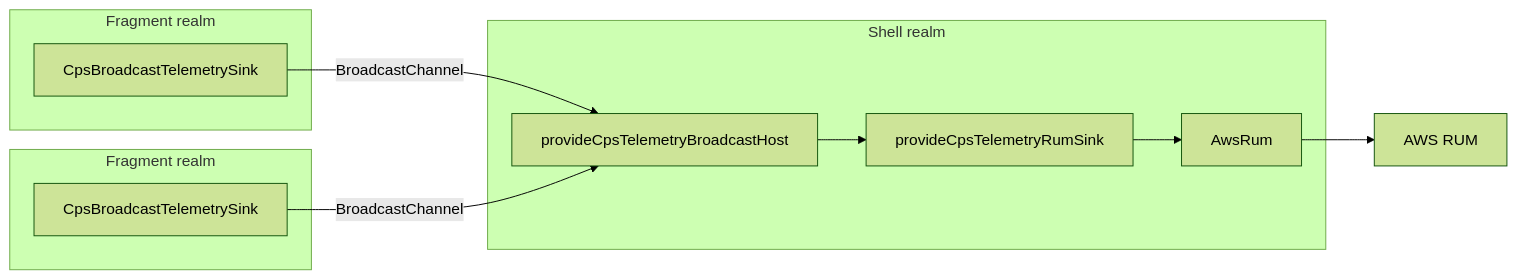
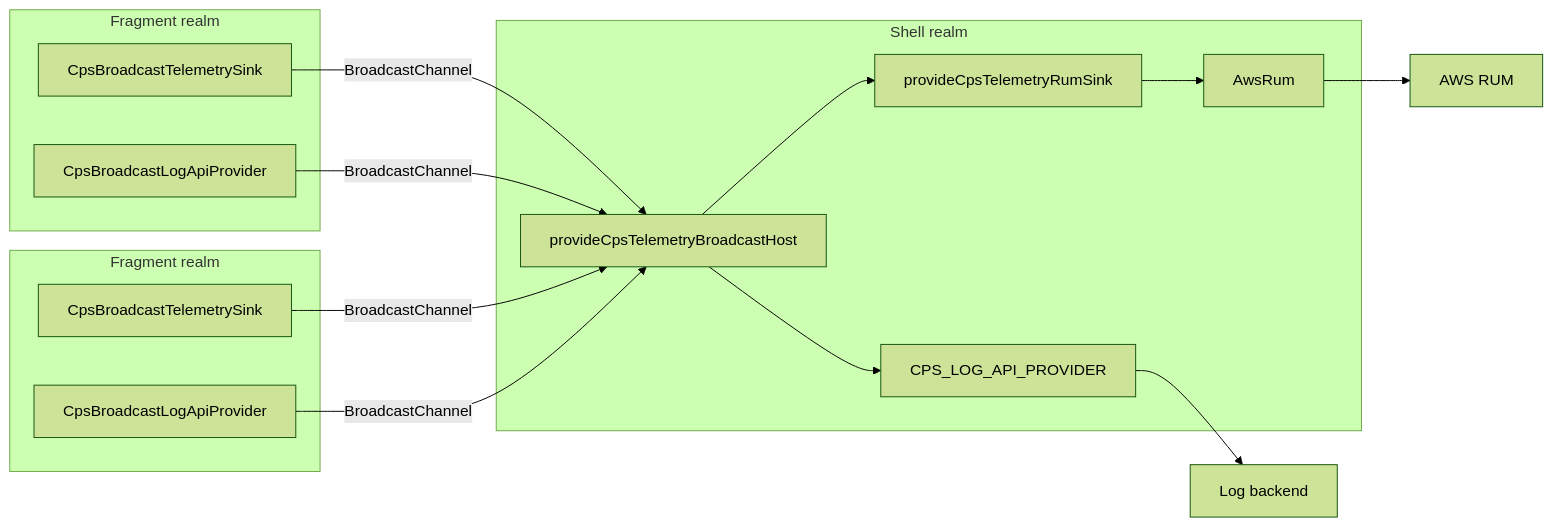
The fourth of 4 diagrams in projects/cps-telemetry/DESIGN.md (AbsaOSS/cps-shared-ui), drawn with Mermaid (forest theme) before and after one commit. The commit also changed other lines of this file and 11 other files, not shown here.

Commit message:
broadcast logs to shell

````diff
--- a/projects/cps-telemetry/DESIGN.md
+++ b/projects/cps-telemetry/DESIGN.md
@@ -1676,17 +1677,23 @@
 ```mermaid
 flowchart LR
     subgraph shell [Shell realm]
       S[provideCpsTelemetryRumSink] --> R[AwsRum]
       H[provideCpsTelemetryBroadcastHost]
       H --> S
+      H --> L[CPS_LOG_API_PROVIDER]
     end
     subgraph f1 [Fragment realm]
       A[CpsBroadcastTelemetrySink]
+      AL[CpsBroadcastLogApiProvider]
     end
     subgraph f2 [Fragment realm]
       B[CpsBroadcastTelemetrySink]
+      BL[CpsBroadcastLogApiProvider]
     end
     A -- BroadcastChannel --> H
+    AL -- BroadcastChannel --> H
     B -- BroadcastChannel --> H
+    BL -- BroadcastChannel --> H
     R --> AWS[AWS RUM]
+    L --> LOGS[Log backend]
 ```
````
